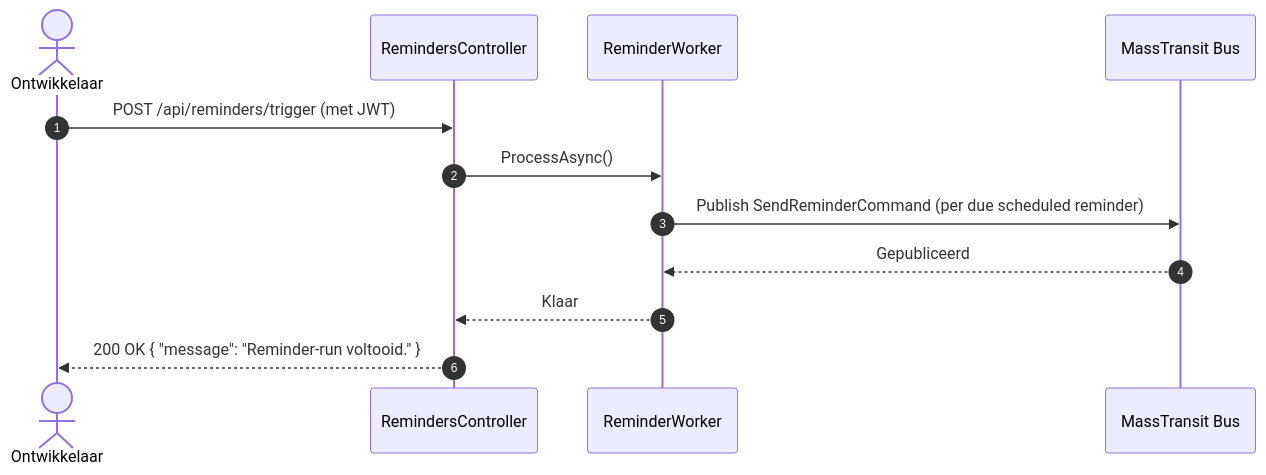
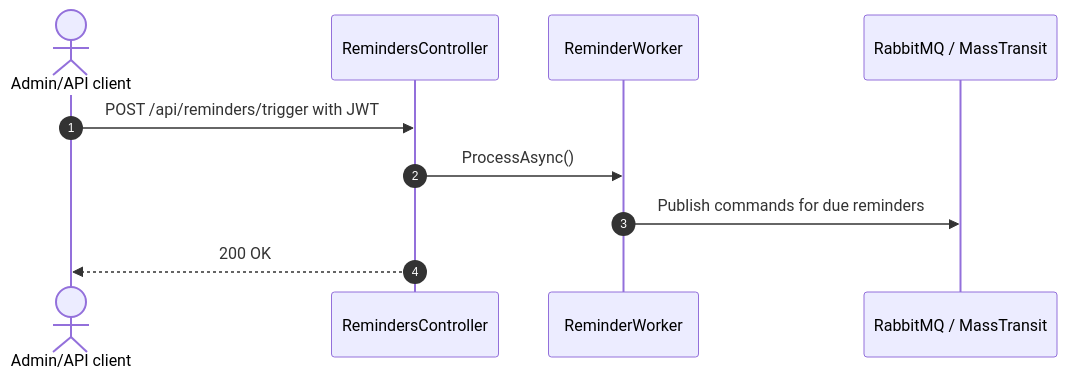
Before and after one commit to Rishyansyal/OpenMRSmoduleBackend: the third of 4 diagrams in docs/c4/04-reminder-process.md, drawn with Mermaid. The commit also changed other lines of this file and 160 other files, not shown here.

````diff
--- a/docs/c4/04-reminder-process.md
+++ b/docs/c4/04-reminder-process.md
@@ -62,15 +58,13 @@
 ```mermaid
 sequenceDiagram
     autonumber
-    actor Dev as Ontwikkelaar
+    actor Admin as Admin/API client
     participant API as RemindersController
     participant W as ReminderWorker
-    participant B as MassTransit Bus
+    participant MQ as RabbitMQ / MassTransit
 
-    Dev->>API: POST /api/reminders/trigger (met JWT)
+    Admin->>API: POST /api/reminders/trigger with JWT
     API->>W: ProcessAsync()
-    W->>B: Publish SendReminderCommand (per due scheduled reminder)
-    B-->>W: Gepubliceerd
-    W-->>API: Klaar
-    API-->>Dev: 200 OK { "message": "Reminder-run voltooid." }
+    W->>MQ: Publish commands for due reminders
+    API-->>Admin: 200 OK
 ```
````
